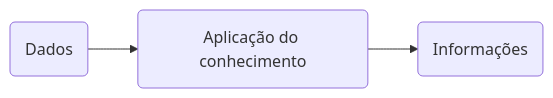
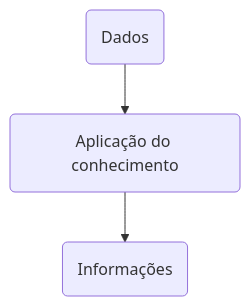
Before and after one commit to elainefs/faculdade: the first of 2 diagrams in sistema-informacao/README.md, drawn with Mermaid. The commit also changed other lines of this file, not shown here.

````diff
--- a/sistema-informacao/README.md
+++ b/sistema-informacao/README.md
@@ -18,5 +19,5 @@
 ```mermaid
-flowchart LR
+flowchart TB
 
 A(Dados) --> B(Aplicação do conhecimento) --> C(Informações)
 ```
````
